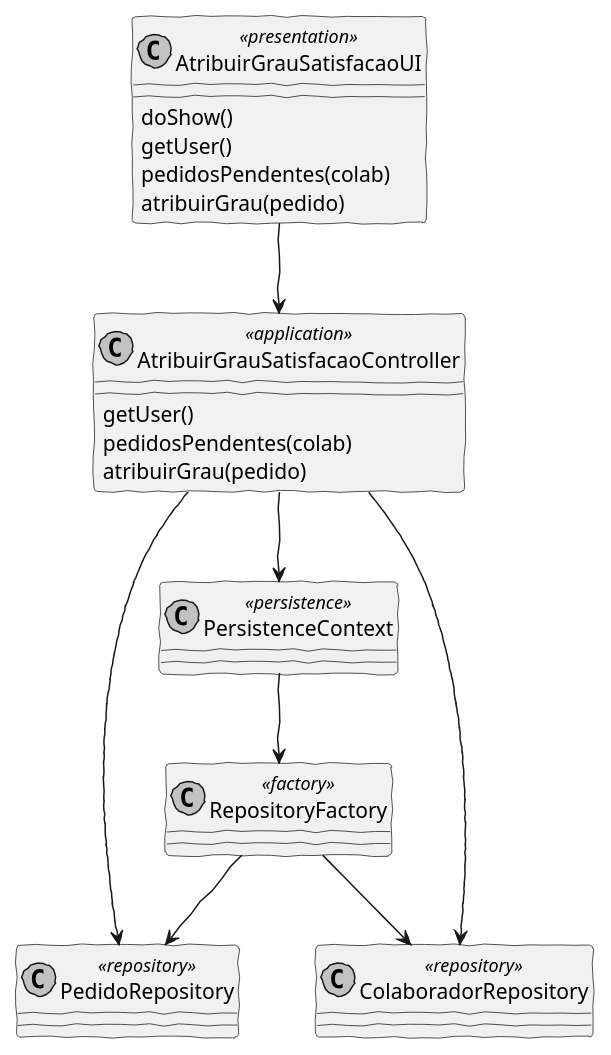
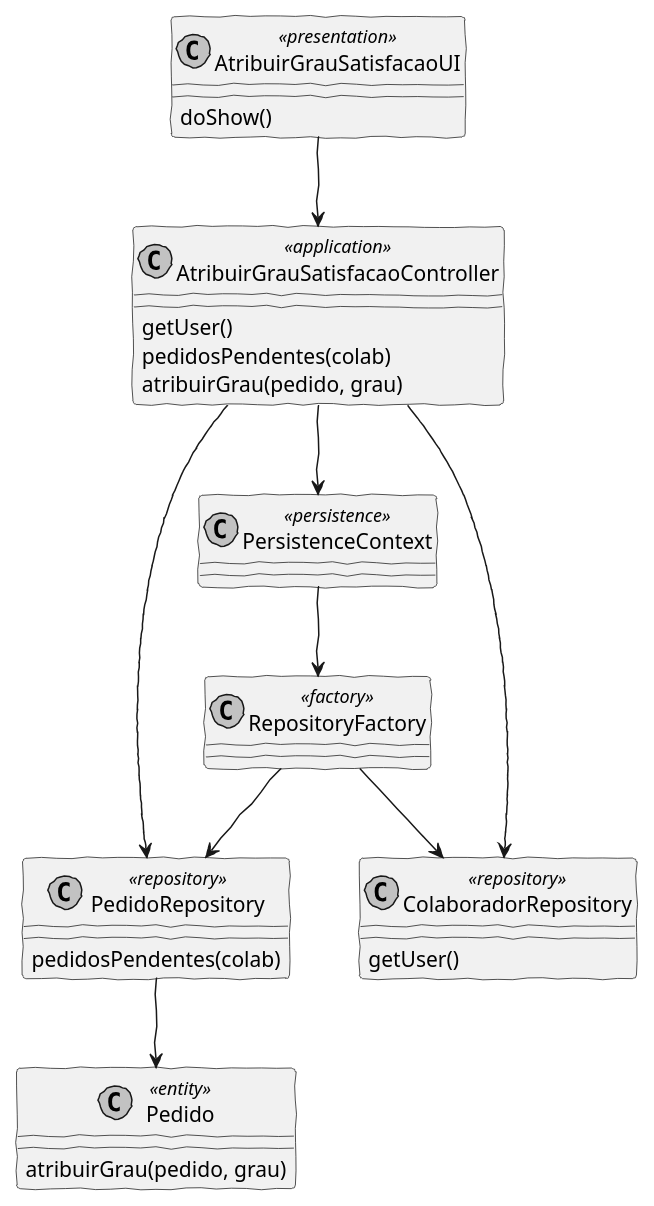
One commit to pedrolemos4/LAPR4 changed the diagram in docs/Sprint D/1190769/US3051/CD.puml. Above: the diagram before and after it, drawn with PlantUML. The commit also changed 4 other files, not shown here.

```diff
--- a/docs/Sprint D/1190769/US3051/CD.puml
+++ b/docs/Sprint D/1190769/US3051/CD.puml
@@ -1,35 +1,40 @@
 @startuml
 'http://plantuml.com/skinparam.html
 skinparam handwritten true
 skinparam monochrome true
 skinparam packageStyle rect
 skinparam defaultFontName FG Virgil
 skinparam shadowing false
 
 class AtribuirGrauSatisfacaoUI <<presentation>>
 class AtribuirGrauSatisfacaoController <<application>>
 class PersistenceContext <<persistence>>
 class RepositoryFactory <<factory>>
 class PedidoRepository <<repository>>
 class ColaboradorRepository <<repository>>
+class Pedido <<entity>>
 
 
 AtribuirGrauSatisfacaoUI --> AtribuirGrauSatisfacaoController
 AtribuirGrauSatisfacaoUI : doShow()
-AtribuirGrauSatisfacaoUI : getUser()
-AtribuirGrauSatisfacaoUI : pedidosPendentes(colab)
-AtribuirGrauSatisfacaoUI : atribuirGrau(pedido)
 
 AtribuirGrauSatisfacaoController : getUser()
 AtribuirGrauSatisfacaoController : pedidosPendentes(colab)
-AtribuirGrauSatisfacaoController : atribuirGrau(pedido)
+AtribuirGrauSatisfacaoController : atribuirGrau(pedido, grau)
 
 AtribuirGrauSatisfacaoController --> PedidoRepository
 AtribuirGrauSatisfacaoController --> ColaboradorRepository
 AtribuirGrauSatisfacaoController --> PersistenceContext
 PersistenceContext --> RepositoryFactory
 
+ColaboradorRepository : getUser()
+
+PedidoRepository --> Pedido
+PedidoRepository : pedidosPendentes(colab)
+
+Pedido : atribuirGrau(pedido, grau)
+
 RepositoryFactory --> PedidoRepository
 RepositoryFactory --> ColaboradorRepository
 
 @enduml
```
